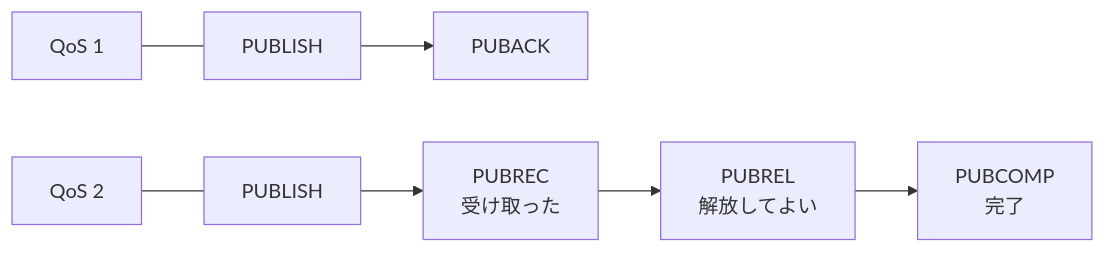
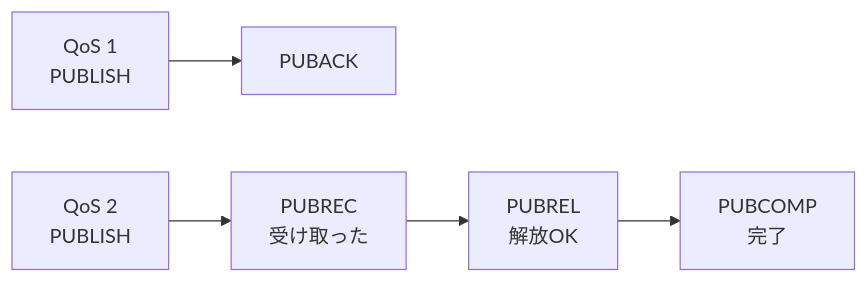
One commit to nnnaanaa/document changed the fifth of 8 diagrams in network/protocol/iot.md. Above: the diagram before and after it, drawn with Mermaid. The commit also changed other lines of this file, not shown here.

Commit message:
IoT暗記シートのQoSとCoAPの再送の図のラベルを短くして横幅を収める

````diff
--- a/network/protocol/iot.md
+++ b/network/protocol/iot.md
@@ -126,5 +126,5 @@
 ```mermaid
 flowchart LR
-  a1["QoS 1"] --- p1["PUBLISH"] --> k1["PUBACK"]
-  a2["QoS 2"] --- p2["PUBLISH"] --> r2["PUBREC<br>受け取った"] --> l2["PUBREL<br>解放してよい"] --> c2["PUBCOMP<br>完了"]
+  p1["QoS 1<br>PUBLISH"] --> k1["PUBACK"]
+  p2["QoS 2<br>PUBLISH"] --> r2["PUBREC<br>受け取った"] --> l2["PUBREL<br>解放OK"] --> c2["PUBCOMP<br>完了"]
 ```
````
